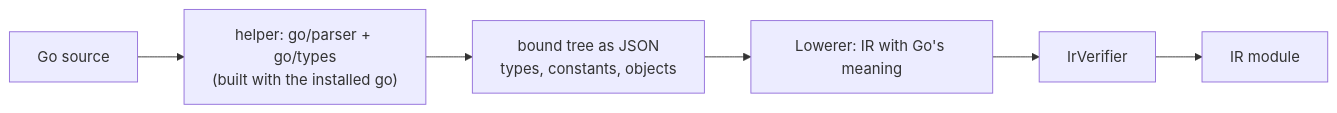
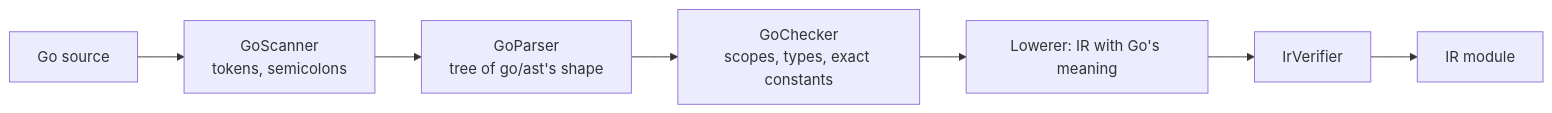
Before and after one commit to Hawkynt/Polypiler: the diagram in docs/architecture/GO-FRONTEND.md, drawn with Mermaid. The commit also changed other lines of this file and 82 other files, not shown here.

First line of the commit message:
+ go: own scanner, parser and type checker for the Go frontend, go only as the layer oracle (1 issue) (#1559)

````diff
--- a/docs/architecture/GO-FRONTEND.md
+++ b/docs/architecture/GO-FRONTEND.md
@@ -7,7 +7,8 @@
 ```mermaid
 flowchart LR
-  Source["Go source"] --> Helper["helper: go/parser + go/types<br/>(built with the installed go)"]
-  Helper --> Json["bound tree as JSON<br/>types, constants, objects"]
-  Json --> Lowerer["Lowerer: IR with Go's meaning"]
+  Source["Go source"] --> Scanner["GoScanner<br/>tokens, semicolons"]
+  Scanner --> Parser["GoParser<br/>tree of go/ast's shape"]
+  Parser --> Checker["GoChecker<br/>scopes, types, exact constants"]
+  Checker --> Lowerer["Lowerer: IR with Go's meaning"]
   Lowerer --> Verify["IrVerifier"] --> Module["IR module"]
 ```
````
